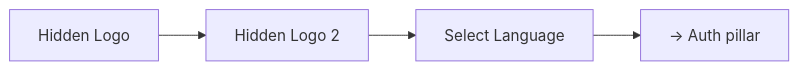
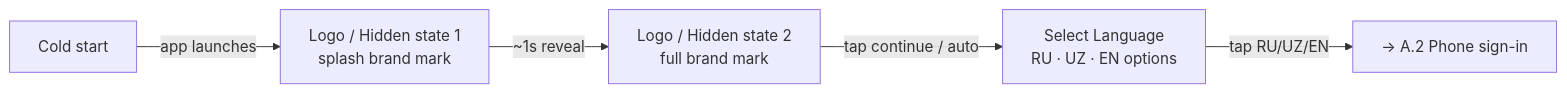
Before and after one commit to SardorAllaberganov/UI-Projects: the first of 5 diagrams in Unired/User_flows/01_Identity_and_Access.md, drawn with Mermaid. The commit also changed other lines of this file and 10 other files, not shown here.

First line of the commit message:
Expand Unired user-flow docs with detailed steps

````diff
--- a/Unired/User_flows/01_Identity_and_Access.md
+++ b/Unired/User_flows/01_Identity_and_Access.md
@@ -23,6 +27,7 @@
 ```mermaid
 flowchart LR
-    Hidden1[Hidden Logo] --> Hidden2[Hidden Logo 2]
-    Hidden2 --> Lang[Select Language]
-    Lang --> Auth[→ Auth pillar]
+    Cold[Cold start] -->|app launches| Hidden1[Logo / Hidden state 1<br/>splash brand mark]
+    Hidden1 -->|~1s reveal| Hidden2[Logo / Hidden state 2<br/>full brand mark]
+    Hidden2 -->|tap continue / auto| Lang[Select Language<br/>RU · UZ · EN options]
+    Lang -->|tap RU/UZ/EN| Auth[→ A.2 Phone sign-in]
 ```
````
